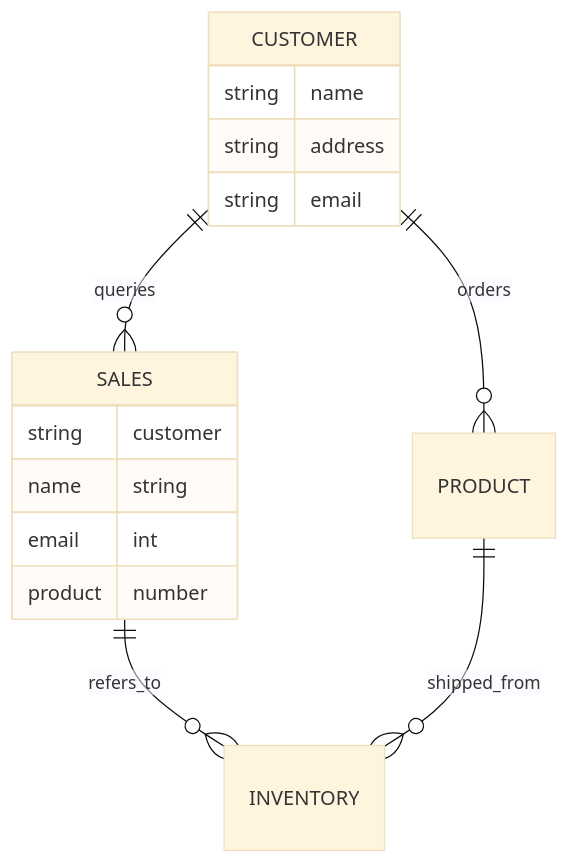
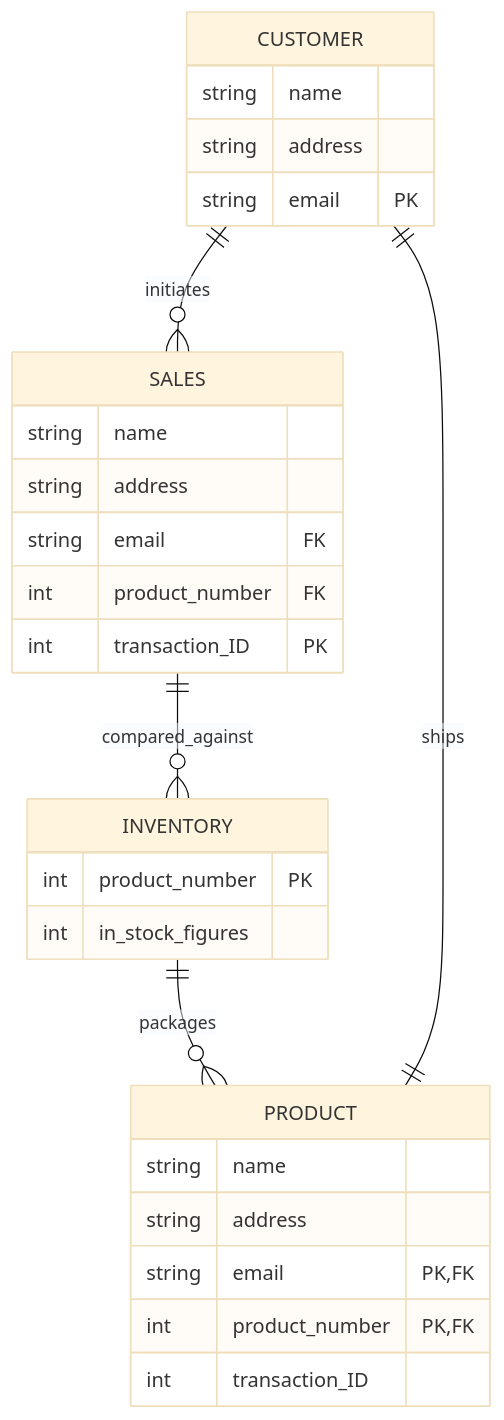
The diagram in NikeStore_ERD.md (bkhamilton1/bkhamilton1.github.io), drawn with Mermaid (base theme) before and after one commit. The commit also changed other lines of this file, not shown here.

````diff
--- a/NikeStore_ERD.md
+++ b/NikeStore_ERD.md
@@ -1,18 +1,31 @@
 ```mermaid
 erDiagram
-          CUSTOMER ||--o{ PRODUCT : orders
+          CUSTOMER ||--o{ SALES : initiates
           CUSTOMER {
             string name
             string address
-            string email
+            string email PK
             }
             
-            SALES ||--o{ INVENTORY : refers_to
+            SALES ||--o{ INVENTORY : compared_against
             SALES {
-            string customer name
-            string email
-            int product number
+            string name
+          string address
+            string email FK
+            int product_number FK
+int transaction_ID PK
             }
-          CUSTOMER ||--o{ SALES : queries
-          PRODUCT ||--o{ INVENTORY : shipped_from
+          INVENTORY ||--o{ PRODUCT : packages
+          INVENTORY {
+          int product_number PK
+          int in_stock_figures
+}
+          PRODUCT ||--|| CUSTOMER : ships
+          PRODUCT {
+          string name
+          string address
+          string email PK, FK
+          int product_number PK, FK
+          int transaction_ID
+}
 ```
````
